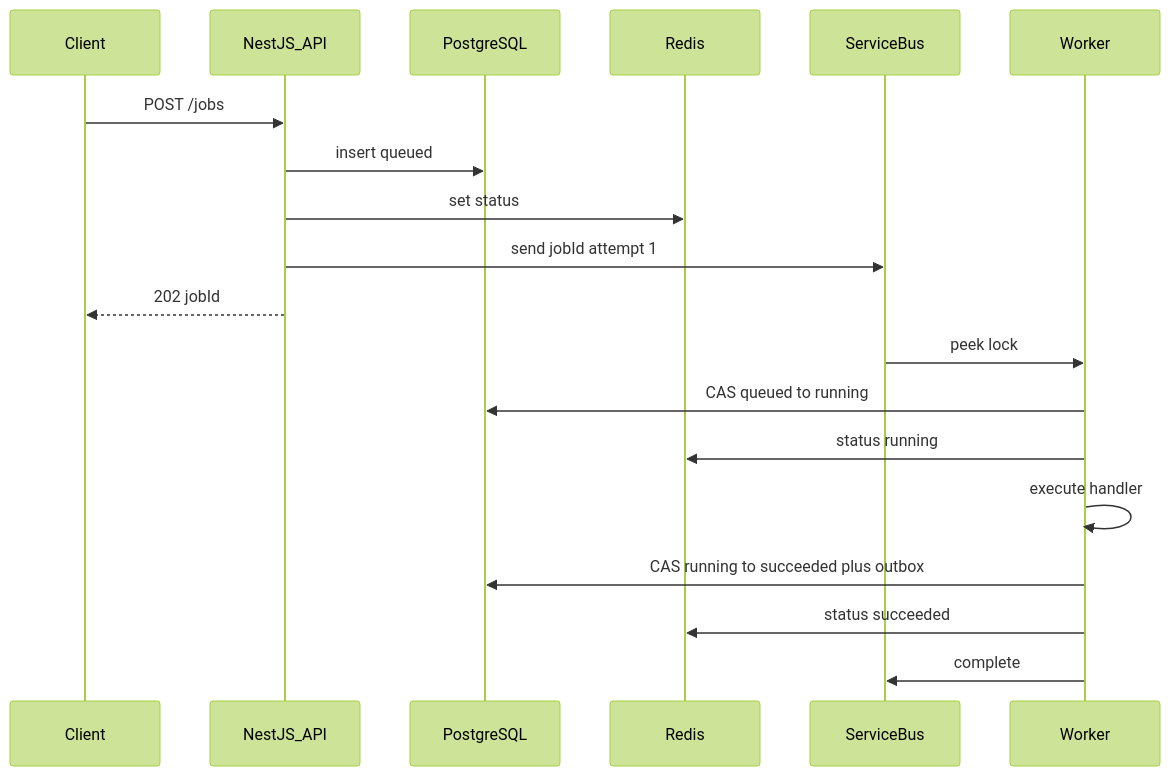
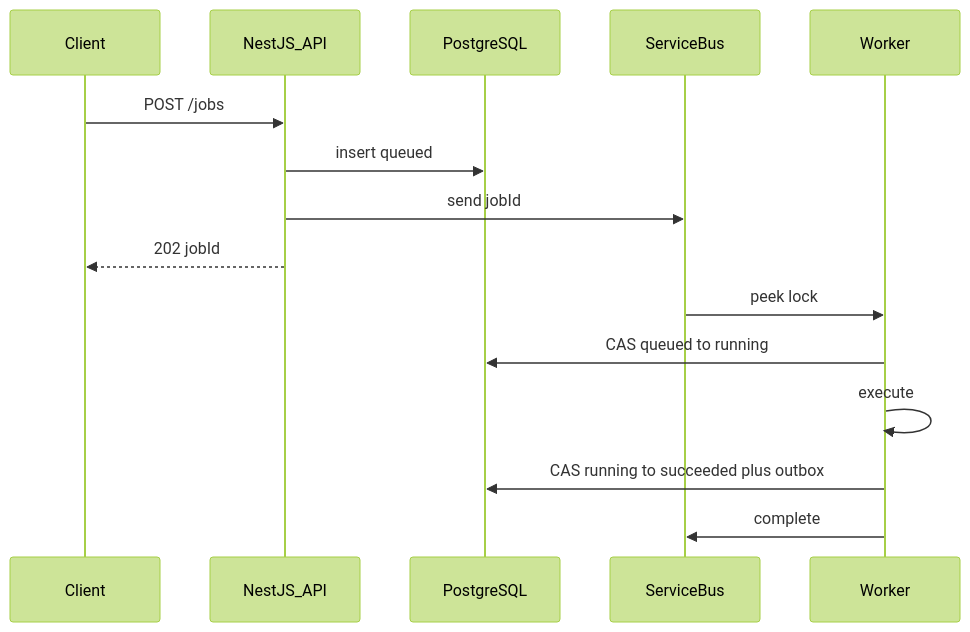
One commit to apintado11/makai-async-jobs changed the second of 3 diagrams in ARCHITECTURE.md. Above: the diagram before and after it, drawn with Mermaid (forest theme). The commit also changed other lines of this file and 1 other file, not shown here.

Commit message:
Drop Redis and Temporal so the design is three pieces: API, queue, job table.

````diff
--- a/ARCHITECTURE.md
+++ b/ARCHITECTURE.md
@@ -108,23 +59,18 @@
 ```mermaid
 sequenceDiagram
   participant C as Client
   participant API as NestJS_API
   participant DB as PostgreSQL
-  participant R as Redis
   participant SB as ServiceBus
   participant W as Worker
 
   C->>API: POST /jobs
   API->>DB: insert queued
-  API->>R: set status
-  API->>SB: send jobId attempt 1
+  API->>SB: send jobId
   API-->>C: 202 jobId
-
   SB->>W: peek lock
   W->>DB: CAS queued to running
-  W->>R: status running
-  W->>W: execute handler
+  W->>W: execute
   W->>DB: CAS running to succeeded plus outbox
-  W->>R: status succeeded
   W->>SB: complete
 ```
````
